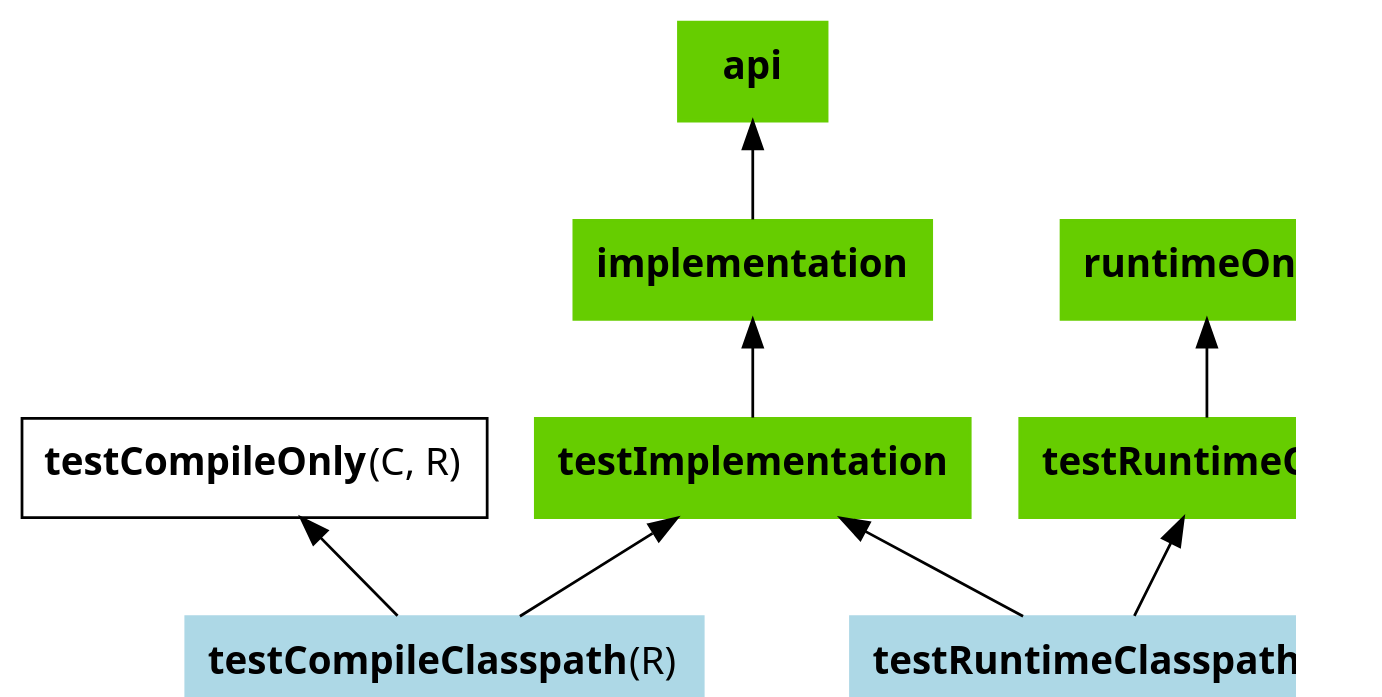
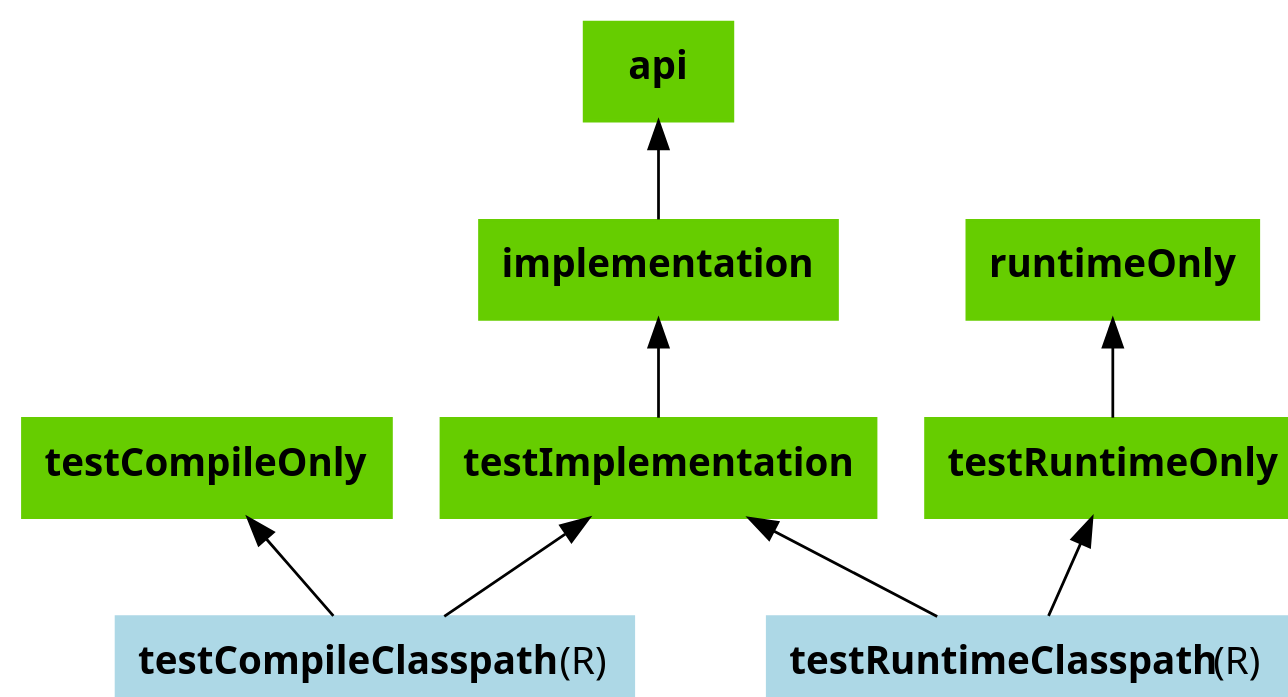
The diagram in subprojects/docs/src/docs/userguide/img/java-library-ignore-deprecated-test.dot (gradle/gradle), drawn with Graphviz before and after one commit. The commit also changed 4 other files, not shown here.

First line of the commit message:
Adjust documentation about 'compileOnly'

```diff
--- a/subprojects/docs/src/docs/userguide/img/java-library-ignore-deprecated-test.dot
+++ b/subprojects/docs/src/docs/userguide/img/java-library-ignore-deprecated-test.dot
@@ -1,26 +1,26 @@
 digraph configurations {
     rankdir = BT;
    graph [ dpi = 100, fontname="Sans"];
    node [fontname = "Sans"];
    edge [fontname = "Sans"];
 
    "api" [shape="box", label=<<B>api</B>>, color="chartreuse3", bgcolor="chartreuse3", style="filled"]
 
    "implementation" [shape="box", label=<<B>implementation</B>>, color="chartreuse3", bgcolor="chartreuse3", style="filled"]
    "implementation" -> "api"
 
    "runtimeOnly" [shape="box", label=<<B>runtimeOnly</B>>, color="chartreuse3", bgcolor="chartreuse3", style="filled"]
 
    "testCompileClasspath" [shape="box", label=<<B>testCompileClasspath</B>(R)>, color="lightblue", bgcolor="lightblue", style="filled"]
    "testCompileClasspath" -> "testCompileOnly"
-   "testCompileOnly" [shape="box", label=<<B>testCompileOnly</B>(C, R)>, ]
+   "testCompileOnly" [shape="box", label=<<B>testCompileOnly</B>>, color="chartreuse3", bgcolor="chartreuse3", style="filled"]
    "testCompileClasspath" -> "testImplementation"
    "testImplementation" [shape="box", label=<<B>testImplementation</B>>, color="chartreuse3", bgcolor="chartreuse3", style="filled"]
    "testImplementation" -> "implementation"
 
    "testRuntimeClasspath" [shape="box", label=<<B>testRuntimeClasspath</B>(R)>, color="lightblue", bgcolor="lightblue", style="filled"]
    "testRuntimeClasspath" -> "testRuntimeOnly"
    "testRuntimeOnly" [shape="box", label=<<B>testRuntimeOnly</B>>, color="chartreuse3", bgcolor="chartreuse3", style="filled"]
    "testRuntimeOnly" -> "runtimeOnly"
    "testRuntimeClasspath" -> "testImplementation"
 }
```
